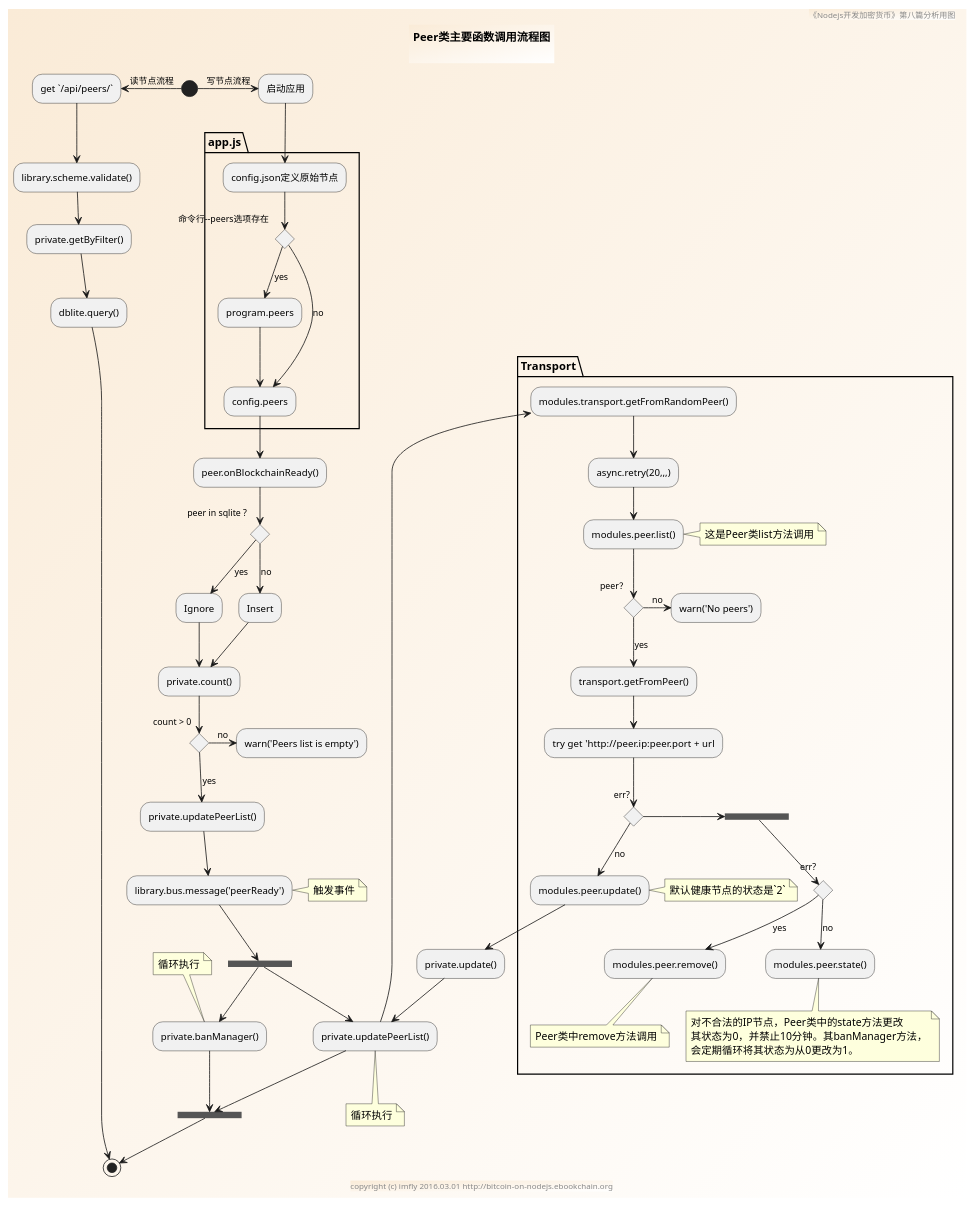
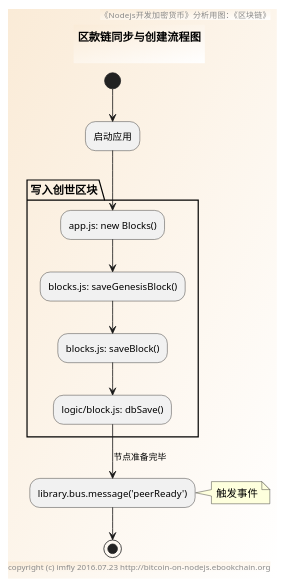
One commit to brightmanforever022/bitcoin-on-nodejs changed the diagram in sources/modules/blocks/activity.pu. Above: the diagram before and after it, drawn with PlantUML. The commit also changed 6 other files, not shown here.

```diff
--- a/sources/modules/blocks/activity.pu
+++ b/sources/modules/blocks/activity.pu
@@ -1,94 +1,26 @@
 @startuml ../../../styles/images/modules/blocks/blocks-activity.png
 skinparam BorderColor #blue\9932CC
 skinparam backgroundcolor AntiqueWhite/white
 
 title
-Peer类主要函数调用流程图
+区款链同步与创建流程图
 
 end title
 
-footer copyright (c) imfly 2016.03.01 http://bitcoin-on-nodejs.ebookchain.org
-header 《Nodejs开发加密货币》第八篇分析用图
+footer copyright (c) imfly 2016.07.23 http://bitcoin-on-nodejs.ebookchain.org
+header 《Nodejs开发加密货币》分析用图：《区块链》
 
-(*) -left-> [读节点流程] "get `/api/peers/`"
---> library.scheme.validate()
---> private.getByFilter()
---> dblite.query()
---> (*)
+(*) --> 启动应用
 
-(*) -right-> [写节点流程] 启动应用
-
-' app.js启动命令
-partition app.js {
-  --> config.json定义原始节点
-  if "命令行--peers选项存在" then
-  -->[yes] program.peers
-  --> "config.peers" as peers
-  else
-  --> [no] peers
-  endif
+partition "写入创世区块" {
+  --> app.js: new Blocks()
+  --> blocks.js: saveGenesisBlock()
+  --> blocks.js: saveBlock()
+  --> logic/block.js: dbSave()
 }
 
-' 区块链加载完毕
---> peer.onBlockchainReady()
-if peer in sqlite ? then
---> [yes] Ignore
---> "private.count()" as count
-else
---> [no] Insert
---> count
-endif
-
-if count > 0 then
--right-> [no] warn('Peers list is empty')
-else
--->[yes] private.updatePeerList()
---> library.bus.message('peerReady')
+--> [节点准备完毕] library.bus.message('peerReady')
 note right: 触发事件
-
-' 第一个循环：检验节点，删除或更新
---> ==b1==
---> "private.updatePeerList()" as updatePeerList
-partition Transport {
-  --> modules.transport.getFromRandomPeer()
-  --> async.retry(20,,,)
-  --> modules.peer.list()
-  note right: 这是Peer类list方法调用
-  if peer？ then
-  -right-> [no] warn('No peers')
-  else
-  --> [yes] transport.getFromPeer()
-  --> try get 'http://peer.ip:peer.port + url
-    if err? then
-    -right-> ==b3==
-      if err? then
-      --> [yes] modules.peer.remove()
-      note bottom: Peer类中remove方法调用
-      else
-      --> [no] modules.peer.state()
-      note bottom
-      对不合法的IP节点，Peer类中的state方法更改
-      其状态为0，并禁止10分钟。其banManager方法，
-      会定期循环将其状态为从0更改为1。
-      end note
-      endif
-    else
-    --> [no] modules.peer.update()
-    note right: 默认健康节点的状态是`2`
-    endif
-  endif
-}
--down-> private.update()
---> updatePeerList
-note bottom: 循环执行
---> ==b2==
-
-' 第二个循环：更新状态
-==b1== --> private.banManager()
-note top: 循环执行
---> ==b2==
-
-endif
 
 --> (*)
 @enduml
```
